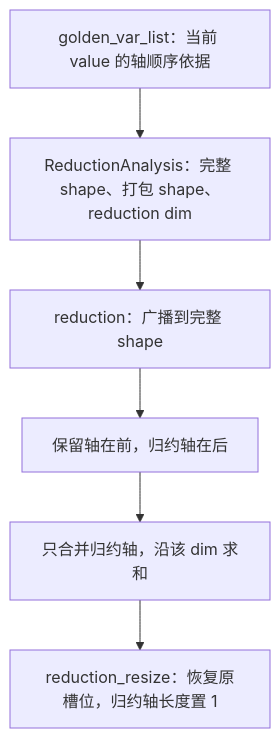
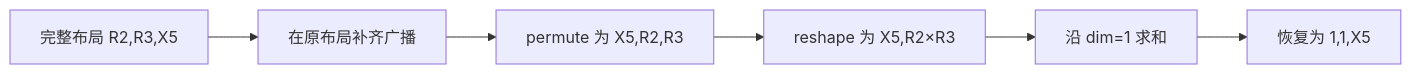
Before and after one commit to limbochao/torch-learn: the diagram in docs/issue-logs/cicd/model-fix-02-reduction-axes-20261022.md, drawn with Mermaid. The commit also changed other lines of this file and 2 other files, not shown here.

Commit message:
docs: explain reduction axes PR changes and regression risks

````diff
--- a/docs/issue-logs/cicd/model-fix-02-reduction-axes-20261022.md
+++ b/docs/issue-logs/cicd/model-fix-02-reduction-axes-20261022.md
@@ -64,8 +102,8 @@
 ```mermaid
-flowchart TD
-    A[golden_var_list：当前 value 的轴顺序依据] --> B[ReductionAnalysis：完整 shape、打包 shape、reduction dim]
-    B --> C[reduction：广播到完整 shape]
-    C --> D[保留轴在前，归约轴在后]
-    D --> E[只合并归约轴，沿该 dim 求和]
-    E --> F[reduction_resize：恢复原槽位，归约轴长度置 1]
+flowchart LR
+    A[完整布局 R2,R3,X5] --> B[在原布局补齐广播]
+    B --> C[permute 为 X5,R2,R3]
+    C --> D[reshape 为 X5,R2×R3]
+    D --> E[沿 dim=1 求和]
+    E --> F[恢复为 1,1,X5]
 ```
````
